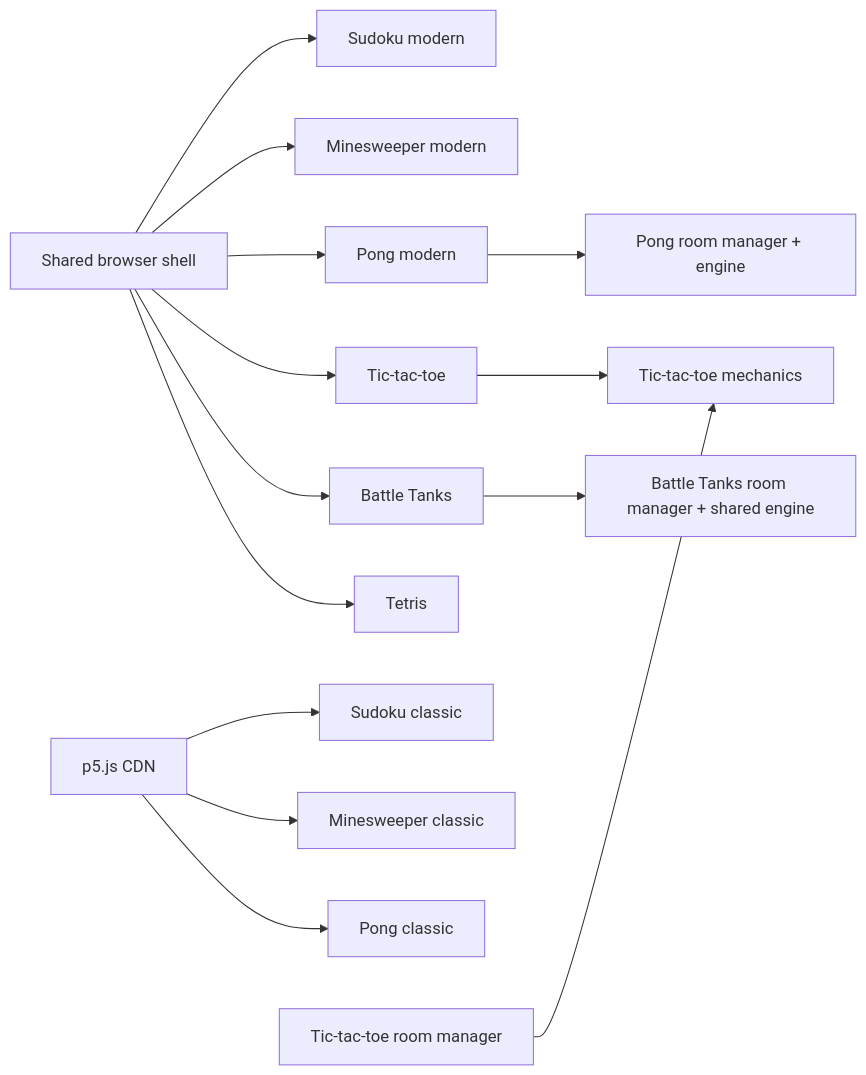
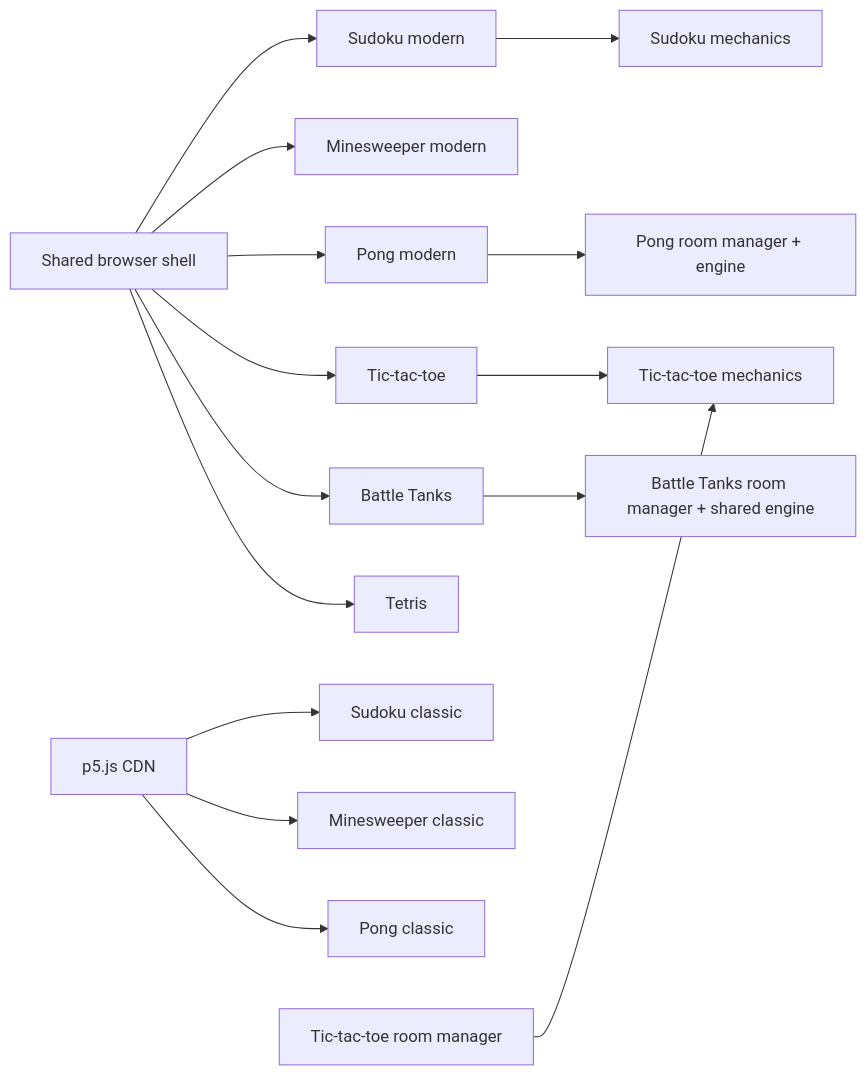
One commit to bashmohandes/Javascript changed the third of 8 diagrams in docs/architecture.md. Above: the diagram before and after it, drawn with Mermaid. The commit also changed other lines of this file and 8 other files, not shown here.

Commit message:
Extract Sudoku mechanics core

````diff
--- a/docs/architecture.md
+++ b/docs/architecture.md
@@ -126,16 +126,17 @@
 ```mermaid
 flowchart LR
   Shared[Shared browser shell] --> SU[Sudoku modern]
+  SU --> SG[Sudoku mechanics]
   Shared --> MS[Minesweeper modern]
   Shared --> PO[Pong modern]
   Shared --> TT[Tic-tac-toe]
   Shared --> BT[Battle Tanks]
   Shared --> TE[Tetris]
   P5[p5.js CDN] --> SUC[Sudoku classic]
   P5 --> MSC[Minesweeper classic]
   P5 --> POC[Pong classic]
   PO --> WR[Pong room manager + engine]
   TT --> TG[Tic-tac-toe mechanics]
   TR[Tic-tac-toe room manager] --> TG
   BT --> BR[Battle Tanks room manager + shared engine]
 ```
````
